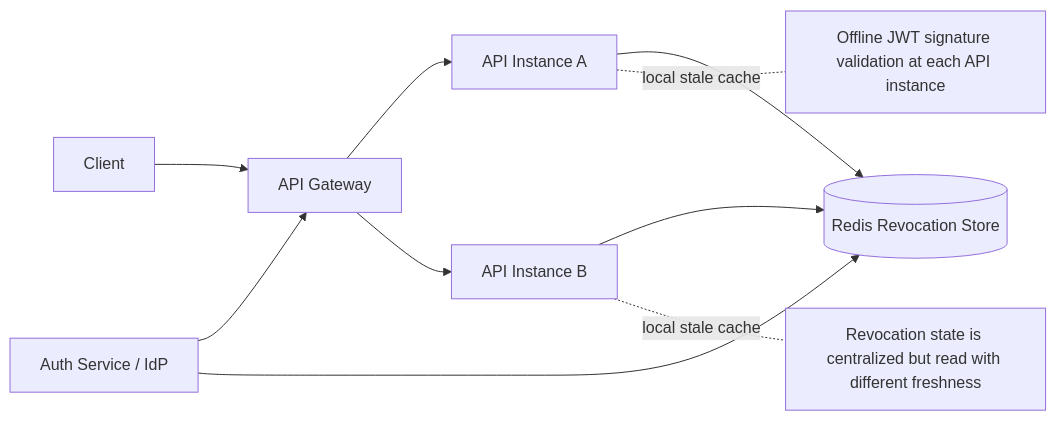
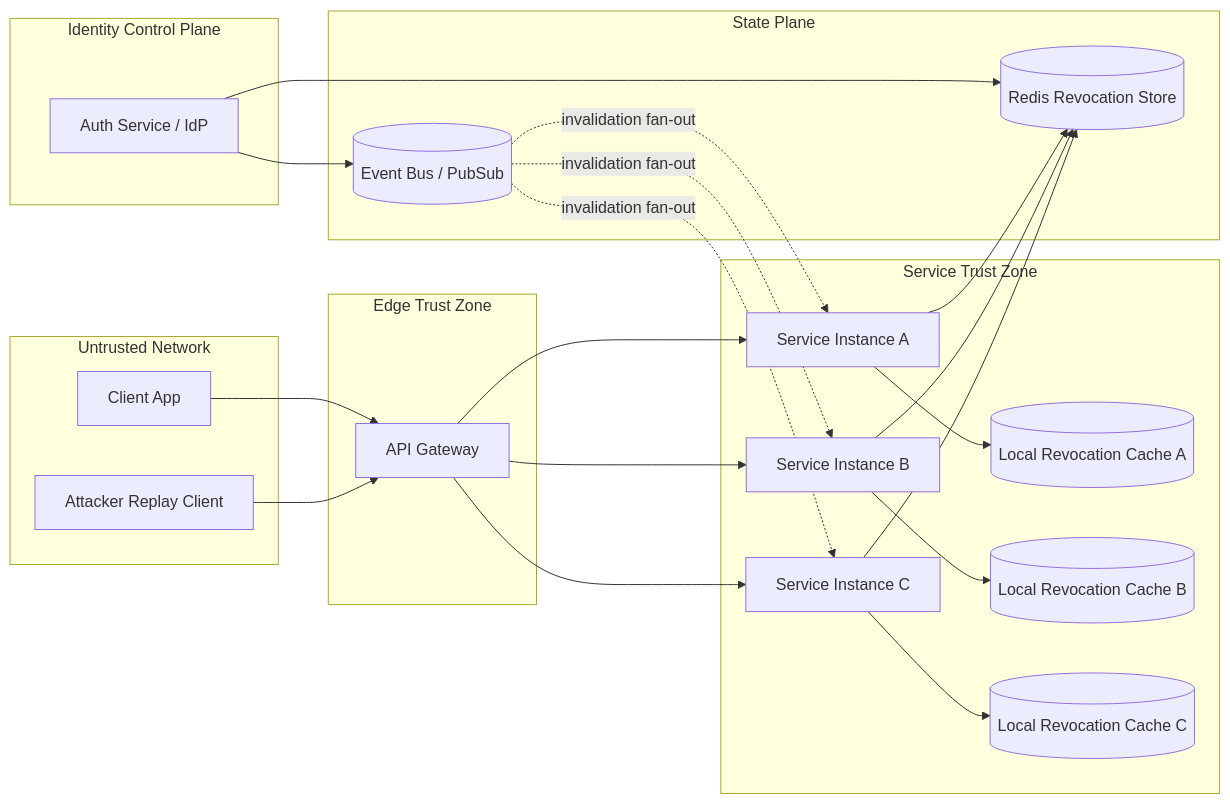
The diagram in JWT-Revocation-Failure/diagrams/architecture.mmd (balagpy/security-architecture-patterns), drawn with Mermaid before and after one commit. The commit also changed 12 other files, not shown here.

Commit message:
docs(jwt): add high-fidelity diagrams and deepen revocation failure analysis

```diff
--- a/JWT-Revocation-Failure/diagrams/architecture.mmd
+++ b/JWT-Revocation-Failure/diagrams/architecture.mmd
@@ -1,14 +1,47 @@
 flowchart LR
-    C[Client] --> G[API Gateway]
-    G --> A1[API Instance A]
-    G --> A2[API Instance B]
-    A1 --> R[(Redis Revocation Store)]
+    subgraph Internet[Untrusted Network]
+        C[Client App]
+        ATT[Attacker Replay Client]
+    end
+
+    subgraph Edge[Edge Trust Zone]
+        GW[API Gateway]
+    end
+
+    subgraph App[Service Trust Zone]
+        A1[Service Instance A]
+        A2[Service Instance B]
+        A3[Service Instance C]
+        LC1[(Local Revocation Cache A)]
+        LC2[(Local Revocation Cache B)]
+        LC3[(Local Revocation Cache C)]
+        A1 --> LC1
+        A2 --> LC2
+        A3 --> LC3
+    end
+
+    subgraph Identity[Identity Control Plane]
+        IDP[Auth Service / IdP]
+    end
+
+    subgraph Data[State Plane]
+        R[(Redis Revocation Store)]
+        PUB[(Event Bus / PubSub)]
+    end
+
+    C --> GW
+    GW --> A1
+    GW --> A2
+    GW --> A3
+
+    IDP --> R
+    IDP --> PUB
+
+    A1 --> R
     A2 --> R
-    IdP[Auth Service / IdP] --> G
-    IdP --> R
+    A3 --> R
+    PUB -. invalidation fan-out .-> A1
+    PUB -. invalidation fan-out .-> A2
+    PUB -. invalidation fan-out .-> A3
 
-    note1[Offline JWT signature validation at each API instance]
-    note2[Revocation state is centralized but read with different freshness]
-
-    A1 -. local stale cache .- note1
-    A2 -. local stale cache .- note2
+    ATT --> GW
```
